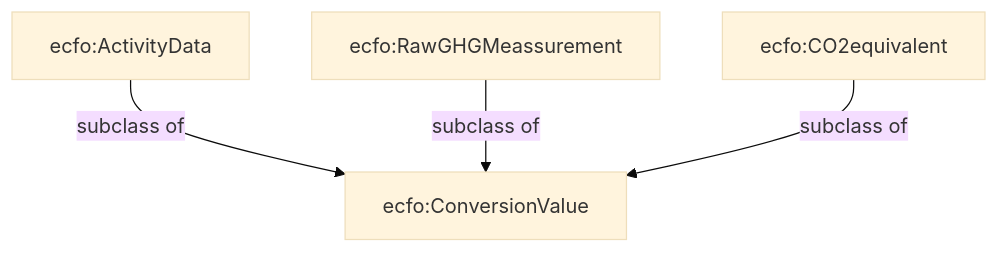
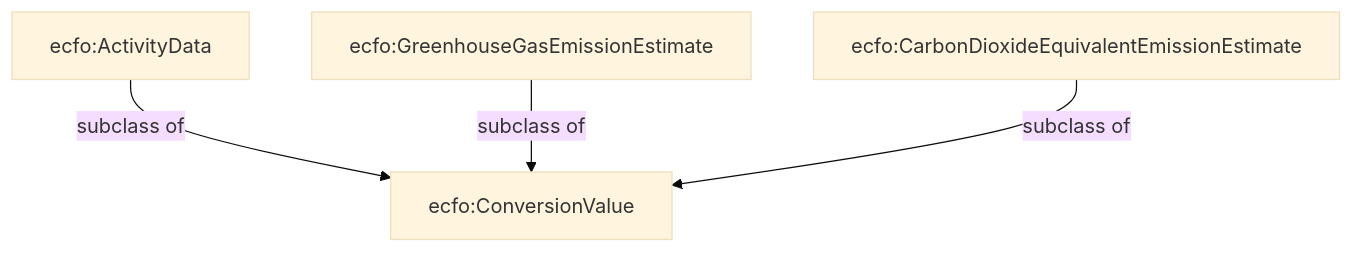
One commit to TEC-Toolkit/ECFO changed the fifth of 10 diagrams in development/doc.md. Above: the diagram before and after it, drawn with Mermaid (base theme). The commit also changed other lines of this file, not shown here.

````diff
--- a/development/doc.md
+++ b/development/doc.md
@@ -55,11 +62,11 @@
 ```mermaid
 graph TD
     CE[ecfo:ConversionValue]
     AD[ecfo:ActivityData]
-    GHG[ecfo:RawGHGMeassurement]
-    CO2e[ecfo:CO2equivalent]
+    GHG[ecfo:GreenhouseGasEmissionEstimate]
+    CO2e[ecfo:CarbonDioxideEquivalentEmissionEstimate]
 
     AD -- "subclass of" --> CE
     GHG -- "subclass of" --> CE
     CO2e -- "subclass of" --> CE
 ```
````
